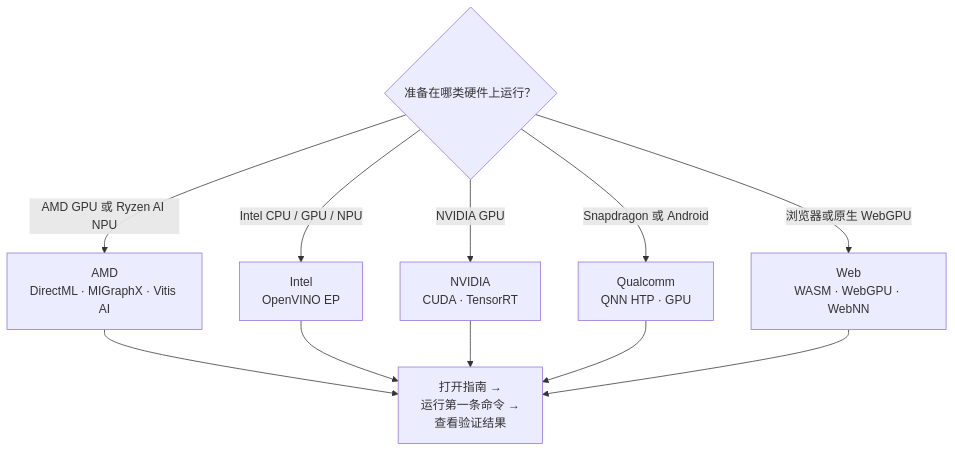
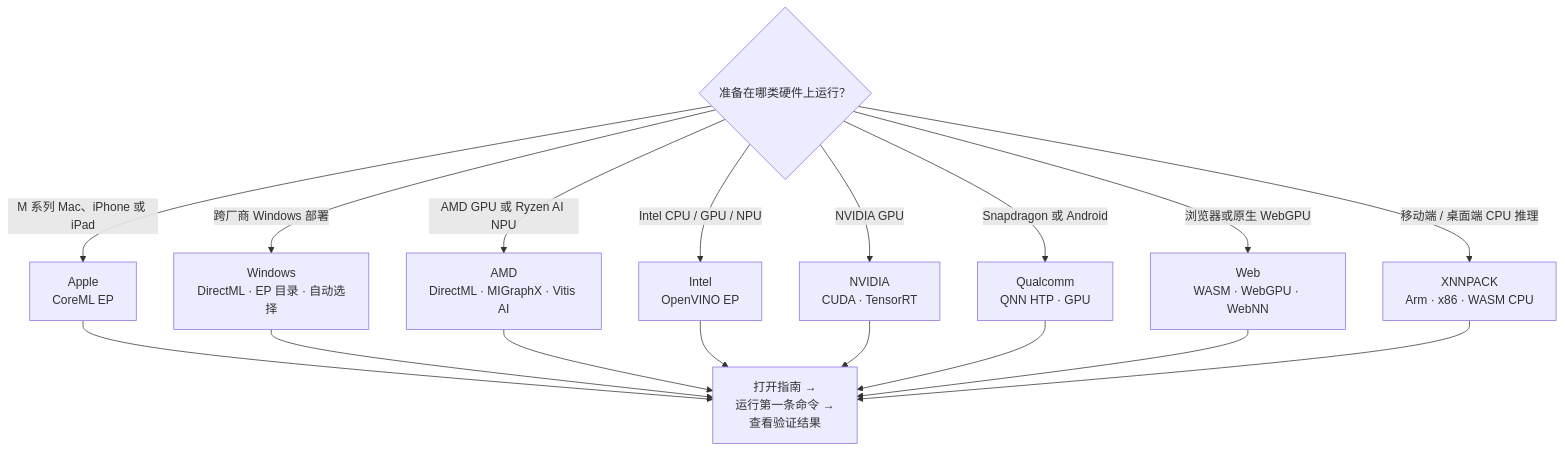
One commit to DakeQQ/Tutorial-ONNX-Runtime-Execution-Providers changed the fifth of 7 diagrams in README.zh-CN.md. Above: the diagram before and after it, drawn with Mermaid. The commit also changed other lines of this file and 15 other files, not shown here.

````diff
--- a/README.zh-CN.md
+++ b/README.zh-CN.md
@@ -111,14 +150,20 @@
 ```mermaid
 flowchart TD
     A{"准备在哪类硬件上运行？"}
+    A -->|M 系列 Mac、iPhone 或 iPad| APPLE["Apple<br/>CoreML EP"]
+    A -->|跨厂商 Windows 部署| WIN["Windows<br/>DirectML · EP 目录 · 自动选择"]
     A -->|AMD GPU 或 Ryzen AI NPU| AMD["AMD<br/>DirectML · MIGraphX · Vitis AI"]
     A -->|Intel CPU / GPU / NPU| INT["Intel<br/>OpenVINO EP"]
     A -->|NVIDIA GPU| NV["NVIDIA<br/>CUDA · TensorRT"]
     A -->|Snapdragon 或 Android| QC["Qualcomm<br/>QNN HTP · GPU"]
     A -->|浏览器或原生 WebGPU| WEB["Web<br/>WASM · WebGPU · WebNN"]
+    A -->|移动端 / 桌面端 CPU 推理| XNN["XNNPACK<br/>Arm · x86 · WASM CPU"]
+    APPLE --> G["打开指南 →<br/>运行第一条命令 →<br/>查看验证结果"]
+    WIN --> G
     AMD --> G["打开指南 →<br/>运行第一条命令 →<br/>查看验证结果"]
     INT --> G
     NV --> G
     QC --> G
     WEB --> G
+    XNN --> G
 ```
````
